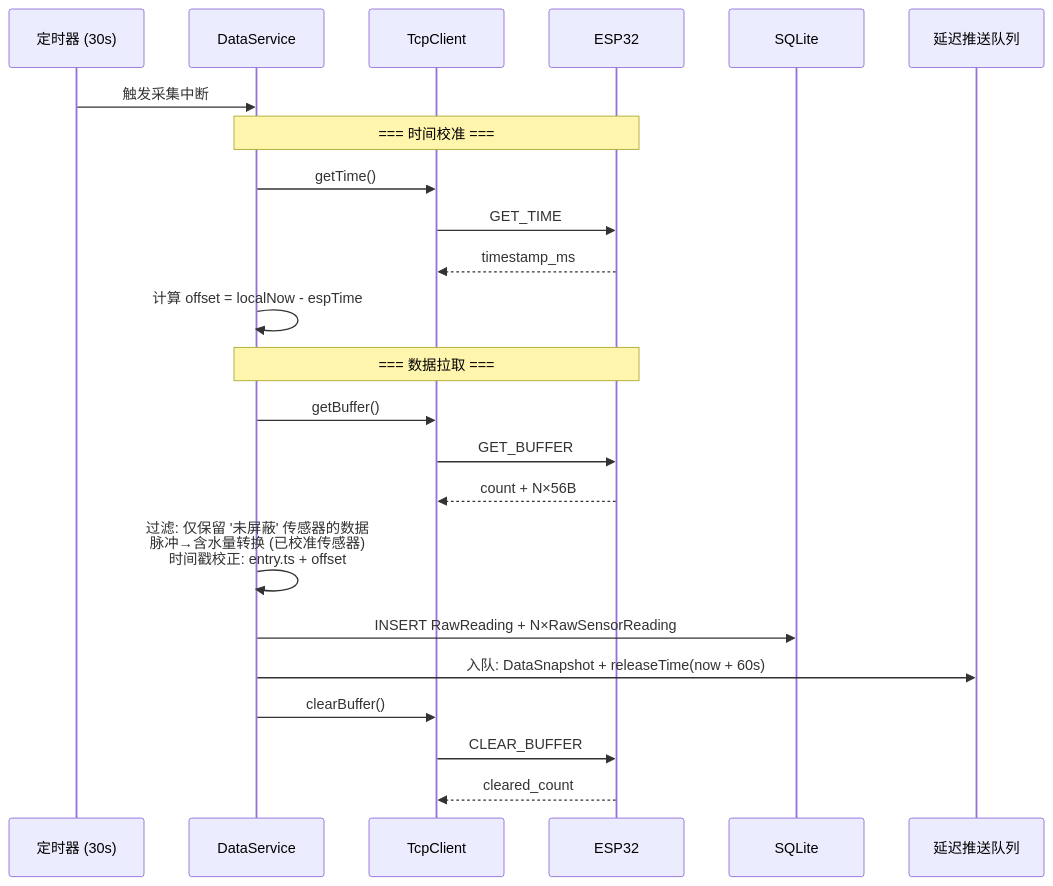
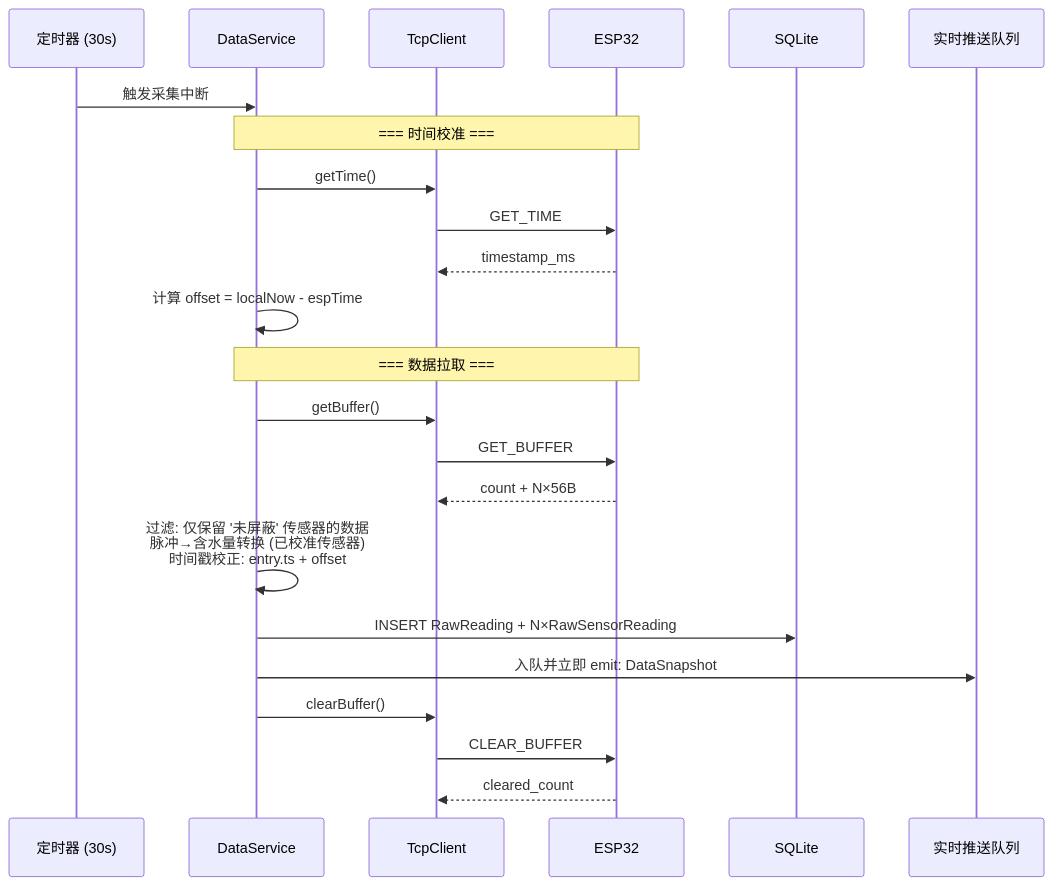
Before and after one commit to Chlamydomonos/water-web: the third of 7 diagrams in docs/backend-design.md, drawn with Mermaid. The commit also changed other lines of this file and 4 other files, not shown here.

Commit message:
再次修复图表bug

````diff
--- a/docs/backend-design.md
+++ b/docs/backend-design.md
@@ -277,32 +277,32 @@
 ```mermaid
 sequenceDiagram
     participant TIMER as 定时器 (30s)
     participant DATA as DataService
     participant TCP as TcpClient
     participant ESP as ESP32
     participant DB as SQLite
-    participant QUEUE as 延迟推送队列
+    participant QUEUE as 实时推送队列
 
     TIMER->>DATA: 触发采集中断
 
     Note over DATA,ESP: === 时间校准 ===
     DATA->>TCP: getTime()
     TCP->>ESP: GET_TIME
     ESP-->>TCP: timestamp_ms
     DATA->>DATA: 计算 offset = localNow - espTime
 
     Note over DATA,ESP: === 数据拉取 ===
     DATA->>TCP: getBuffer()
     TCP->>ESP: GET_BUFFER
     ESP-->>TCP: count + N×56B
 
     DATA->>DATA: 过滤: 仅保留 '未屏蔽' 传感器的数据<br/>脉冲→含水量转换 (已校准传感器)<br/>时间戳校正: entry.ts + offset
 
     DATA->>DB: INSERT RawReading + N×RawSensorReading
 
-    DATA->>QUEUE: 入队: DataSnapshot + releaseTime(now + 60s)
+    DATA->>QUEUE: 入队并立即 emit: DataSnapshot
 
     DATA->>TCP: clearBuffer()
     TCP->>ESP: CLEAR_BUFFER
     ESP-->>TCP: cleared_count
 ```
````
